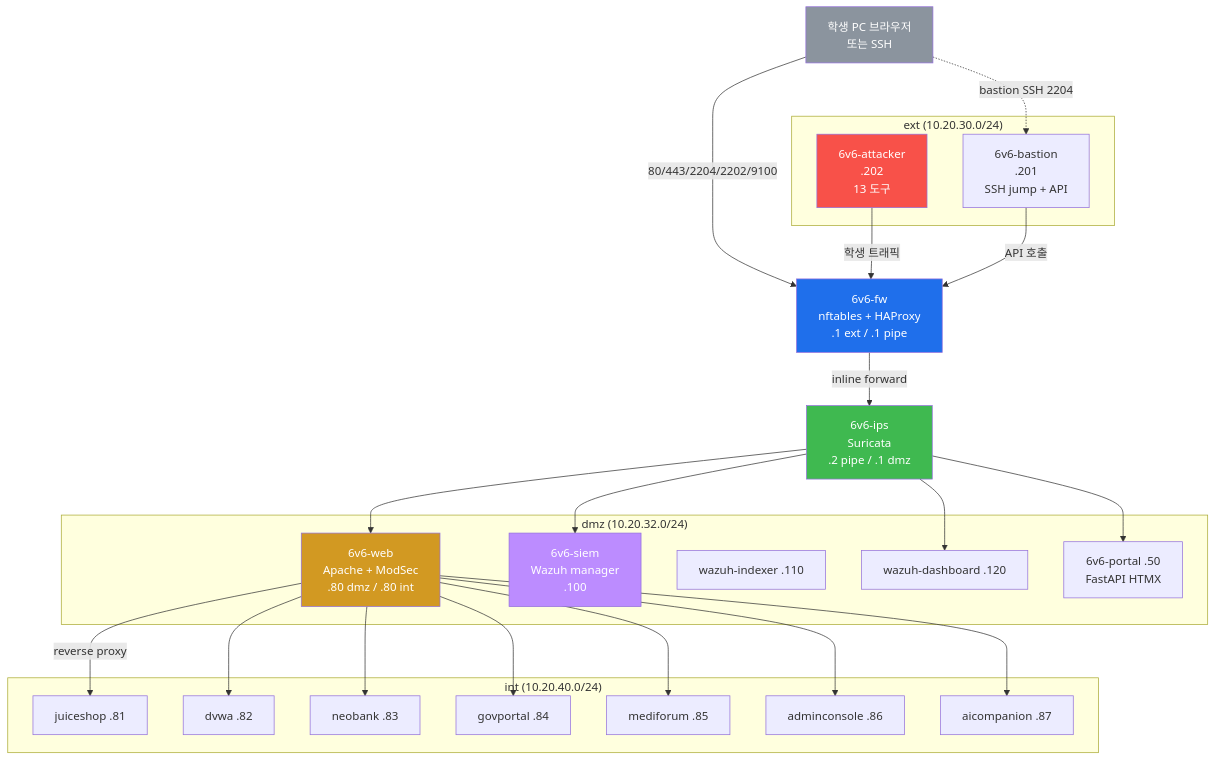
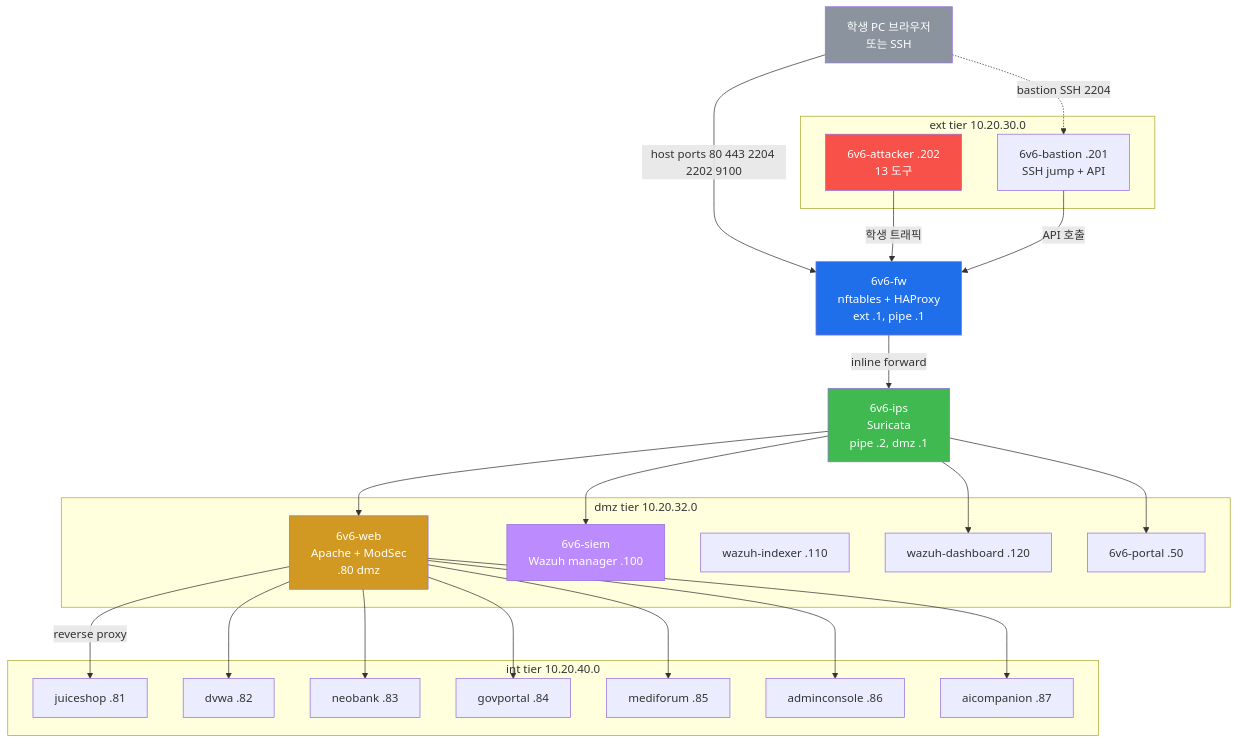
The fourth of 10 diagrams in contents/standalone/lecture/secuops/week01.md (mrgrit/ccc), drawn with Mermaid before and after one commit. The commit also changed other lines of this file and 3 other files, not shown here.

First line of the commit message:
fix(ui): mermaid 렌더링 보강 (securityLevel loose + setTimeout) + W01 mermaid syntax + W02 재작성

````diff
--- a/contents/standalone/lecture/secuops/week01.md
+++ b/contents/standalone/lecture/secuops/week01.md
@@ -315,48 +315,48 @@
 ```mermaid
 graph TB
     STUDENT[학생 PC 브라우저<br/>또는 SSH]
-    subgraph EXT["ext (10.20.30.0/24)"]
-        B[6v6-bastion<br/>.201<br/>SSH jump + API]
-        A[6v6-attacker<br/>.202<br/>13 도구]
+    subgraph EXT [ext tier 10.20.30.0]
+        B[6v6-bastion .201<br/>SSH jump + API]
+        A[6v6-attacker .202<br/>13 도구]
     end
-    FW[6v6-fw<br/>nftables + HAProxy<br/>.1 ext / .1 pipe]
-    IPS[6v6-ips<br/>Suricata<br/>.2 pipe / .1 dmz]
-    subgraph DMZ["dmz (10.20.32.0/24)"]
-        WEB[6v6-web<br/>Apache + ModSec<br/>.80 dmz / .80 int]
-        SIEM[6v6-siem<br/>Wazuh manager<br/>.100]
+    FW[6v6-fw<br/>nftables + HAProxy<br/>ext .1, pipe .1]
+    IPS[6v6-ips<br/>Suricata<br/>pipe .2, dmz .1]
+    subgraph DMZ [dmz tier 10.20.32.0]
+        WEB[6v6-web<br/>Apache + ModSec<br/>.80 dmz]
+        SIEM[6v6-siem<br/>Wazuh manager .100]
         WIDX[wazuh-indexer .110]
         WDASH[wazuh-dashboard .120]
-        PORTAL[6v6-portal .50<br/>FastAPI HTMX]
+        PORTAL[6v6-portal .50]
     end
-    subgraph INT["int (10.20.40.0/24)"]
+    subgraph INT [int tier 10.20.40.0]
         J[juiceshop .81]
         D[dvwa .82]
         NB[neobank .83]
         GP[govportal .84]
         MF[mediforum .85]
         AC[adminconsole .86]
         AI[aicompanion .87]
     end
-    STUDENT -->|80/443/2204/2202/9100| FW
+    STUDENT -->|host ports 80 443 2204 2202 9100| FW
     STUDENT -.->|bastion SSH 2204| B
     A -->|학생 트래픽| FW
     B -->|API 호출| FW
     FW -->|inline forward| IPS
     IPS --> WEB
     IPS --> SIEM
     IPS --> WDASH
     IPS --> PORTAL
     WEB -->|reverse proxy| J
     WEB --> D
     WEB --> NB
     WEB --> GP
     WEB --> MF
     WEB --> AC
     WEB --> AI
     style STUDENT fill:#8b949e,color:#fff
     style FW fill:#1f6feb,color:#fff
     style IPS fill:#3fb950,color:#fff
     style WEB fill:#d29922,color:#fff
     style SIEM fill:#bc8cff,color:#fff
     style A fill:#f85149,color:#fff
 ```
````
